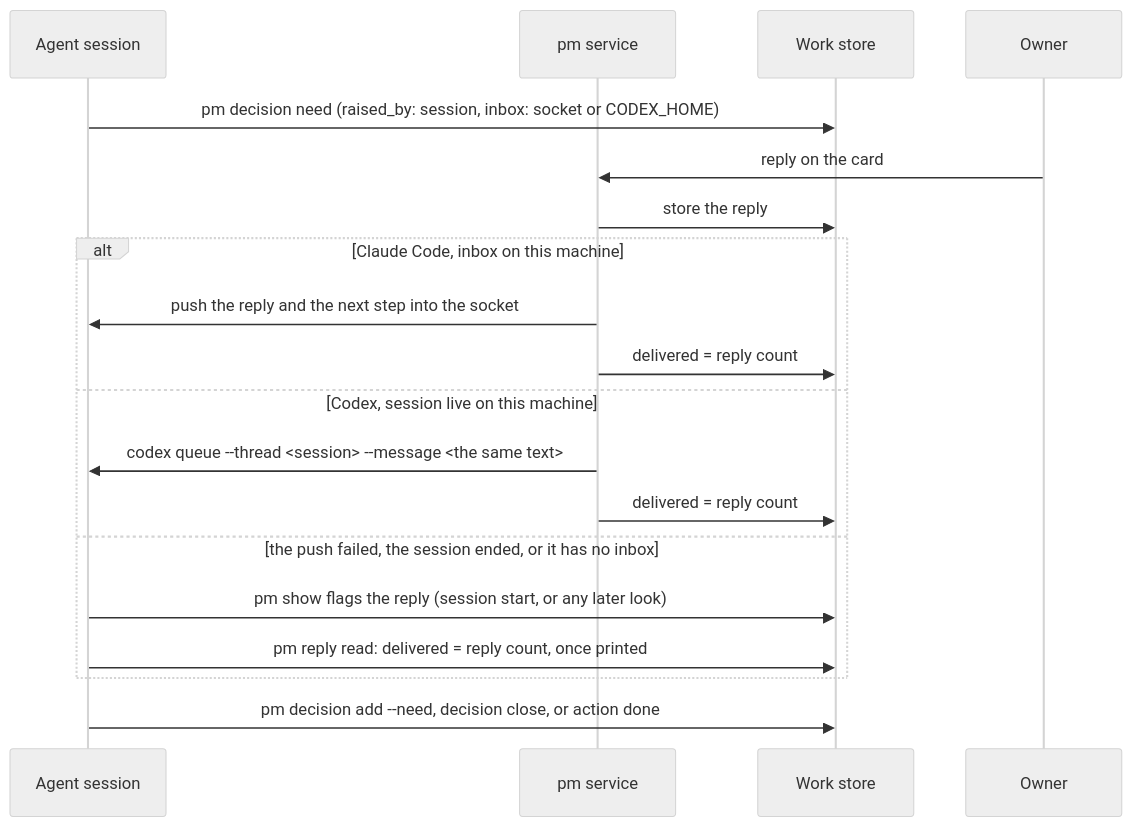
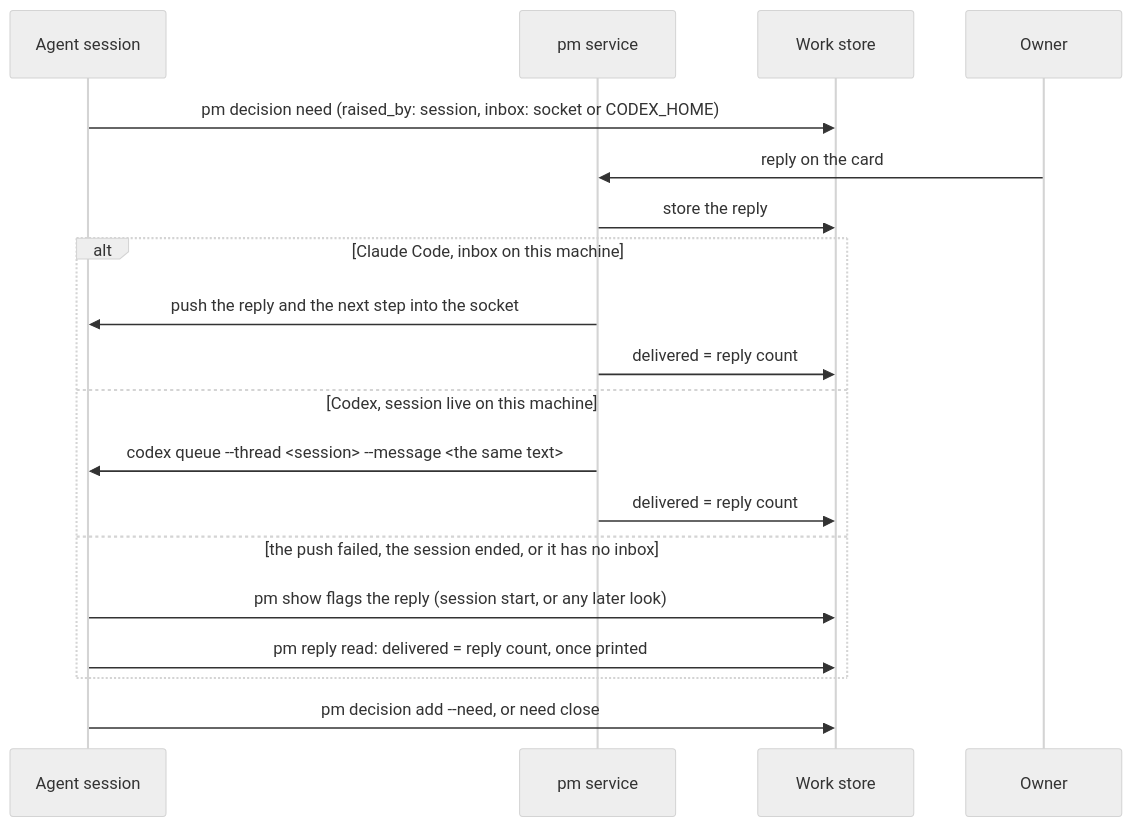
One commit to Yeeef/pm changed the diagram in design/reply-delivery.md. Above: the diagram before and after it, drawn with Mermaid (neutral theme). The commit also changed other lines of this file and 12 other files, not shown here.

````diff
--- a/design/reply-delivery.md
+++ b/design/reply-delivery.md
@@ -104,21 +104,21 @@
 ```mermaid
 sequenceDiagram
   participant A as Agent session
   participant S as pm service
   participant W as Work store
   participant O as Owner
   A->>W: pm decision need (raised_by: session, inbox: socket or CODEX_HOME)
   O->>S: reply on the card
   S->>W: store the reply
   alt Claude Code, inbox on this machine
     S->>A: push the reply and the next step into the socket
     S->>W: delivered = reply count
   else Codex, session live on this machine
     S->>A: codex queue --thread <session> --message <the same text>
     S->>W: delivered = reply count
   else the push failed, the session ended, or it has no inbox
     A->>W: pm show flags the reply (session start, or any later look)
     A->>W: pm reply read: delivered = reply count, once printed
   end
-  A->>W: pm decision add --need, decision close, or action done
+  A->>W: pm decision add --need, or need close
 ```
````
